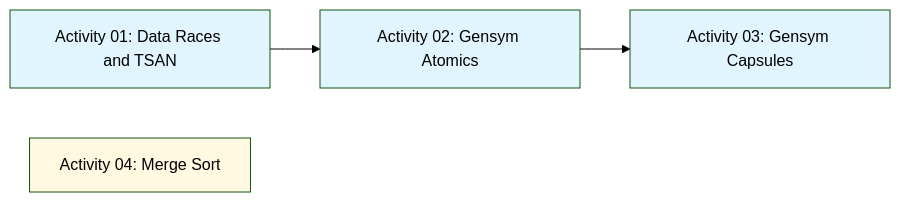
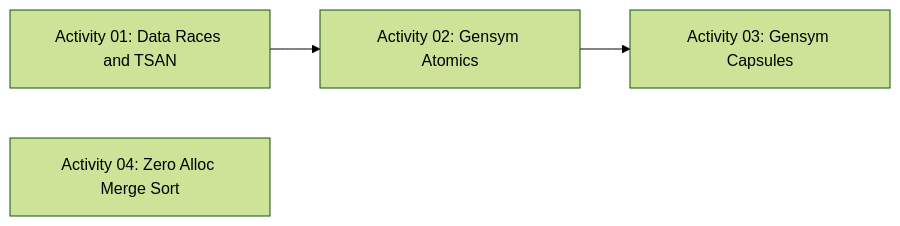
Before and after one commit to avsm/oxcaml-icfp-tutorial: the diagram in handson_activity/README.md, drawn with Mermaid (forest theme).

Commit message:
Added dependencies

````diff
--- a/handson_activity/README.md
+++ b/handson_activity/README.md
@@ -11,11 +11,6 @@
 ```mermaid
 graph LR
     act01[Activity 01: Data Races and TSAN] --> act02[Activity 02: Gensym Atomics]
     act02 --> act03[Activity 03: Gensym Capsules]
-    act04[Activity 04: Merge Sort]
-
-    style act01 fill:#e1f5ff
-    style act02 fill:#e1f5ff
-    style act03 fill:#e1f5ff
-    style act04 fill:#fff9e1
+    act04[Activity 04: Zero Alloc Merge Sort]
 ```
````
